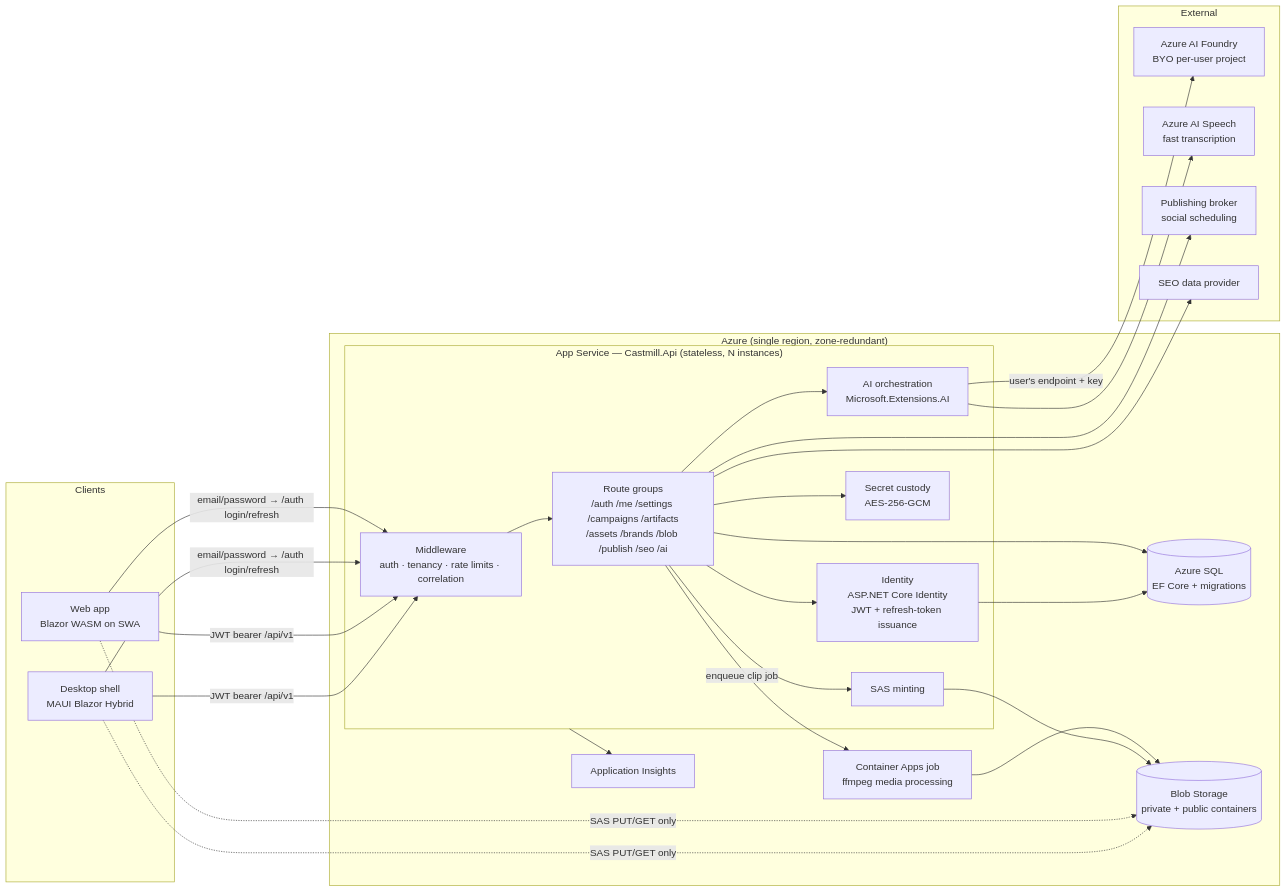
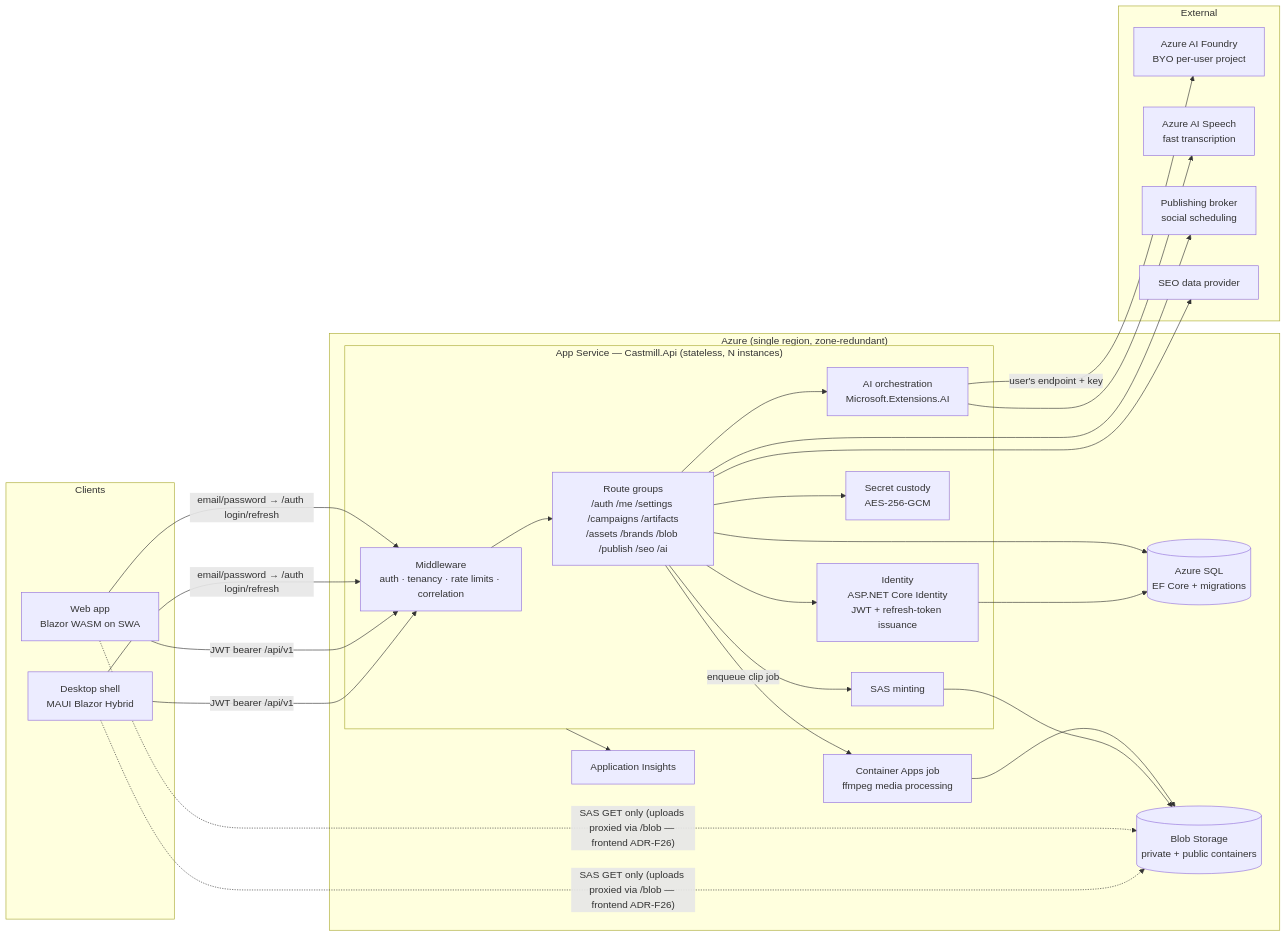
Before and after one commit to jberes/vslhq26-content-alchemists: the diagram in Backend-Architecture.md, drawn with Mermaid. The commit also changed other lines of this file and 15 other files, not shown here.

````diff
--- a/Backend-Architecture.md
+++ b/Backend-Architecture.md
@@ -38,45 +38,45 @@
 ```mermaid
 flowchart LR
     subgraph Clients
         D[Desktop shell<br/>MAUI Blazor Hybrid]
         W[Web app<br/>Blazor WASM on SWA]
     end
 
     subgraph Azure["Azure (single region, zone-redundant)"]
         subgraph API["App Service — Castmill.Api (stateless, N instances)"]
             MW[Middleware<br/>auth · tenancy · rate limits · correlation]
             EP[Route groups<br/>/auth /me /settings /campaigns /artifacts<br/>/assets /brands /blob /publish /seo /ai]
             IDP[Identity<br/>ASP.NET Core Identity<br/>JWT + refresh-token issuance]
             AI[AI orchestration<br/>Microsoft.Extensions.AI]
             SAS[SAS minting]
             SEC[Secret custody<br/>AES-256-GCM]
         end
         SQL[(Azure SQL<br/>EF Core + migrations)]
         BLOB[(Blob Storage<br/>private + public containers)]
         ACA[Container Apps job<br/>ffmpeg media processing]
         AInsights[Application Insights]
     end
 
     subgraph External
         FOUNDRY[Azure AI Foundry<br/>BYO per-user project]
         SPEECH[Azure AI Speech<br/>fast transcription]
         BROKER[Publishing broker<br/>social scheduling]
         SEO[SEO data provider]
     end
 
     D -->|JWT bearer /api/v1| MW
     W -->|JWT bearer /api/v1| MW
-    D & W -.->|SAS PUT/GET only| BLOB
+    D & W -.->|"SAS GET only (uploads proxied via /blob — frontend ADR-F26)"| BLOB
     D & W -->|"email/password → /auth login/refresh"| MW
     MW --> EP --> AI
     EP --> IDP --> SQL
     EP --> SAS --> BLOB
     EP --> SEC
     EP --> SQL
     AI -->|user's endpoint + key| FOUNDRY
     AI --> SPEECH
     EP --> BROKER
     EP --> SEO
     EP -->|enqueue clip job| ACA --> BLOB
     API --> AInsights
 ```
````
